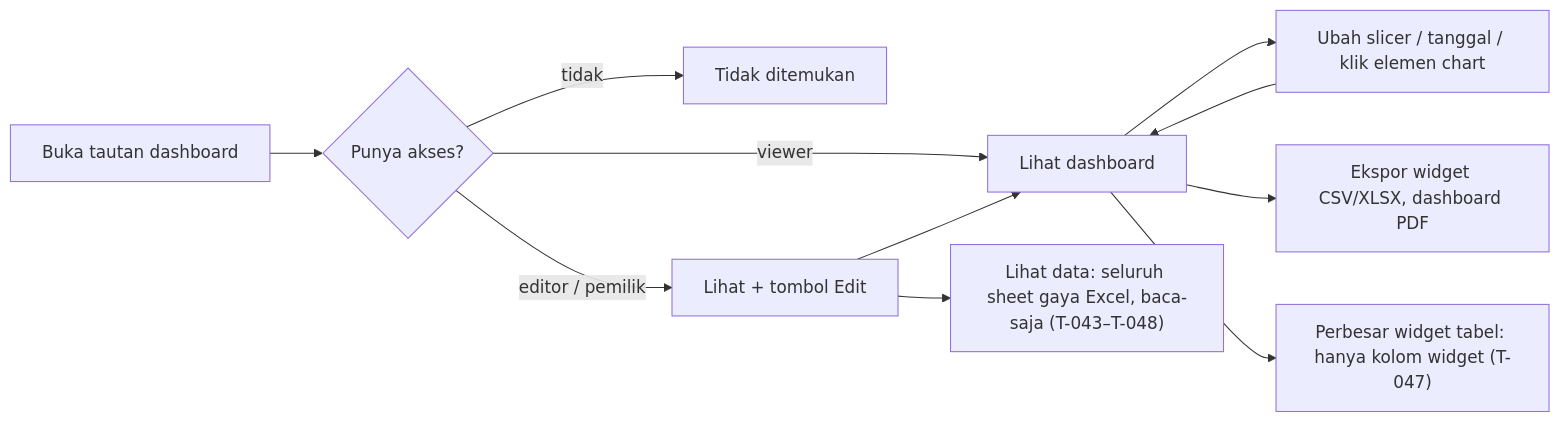
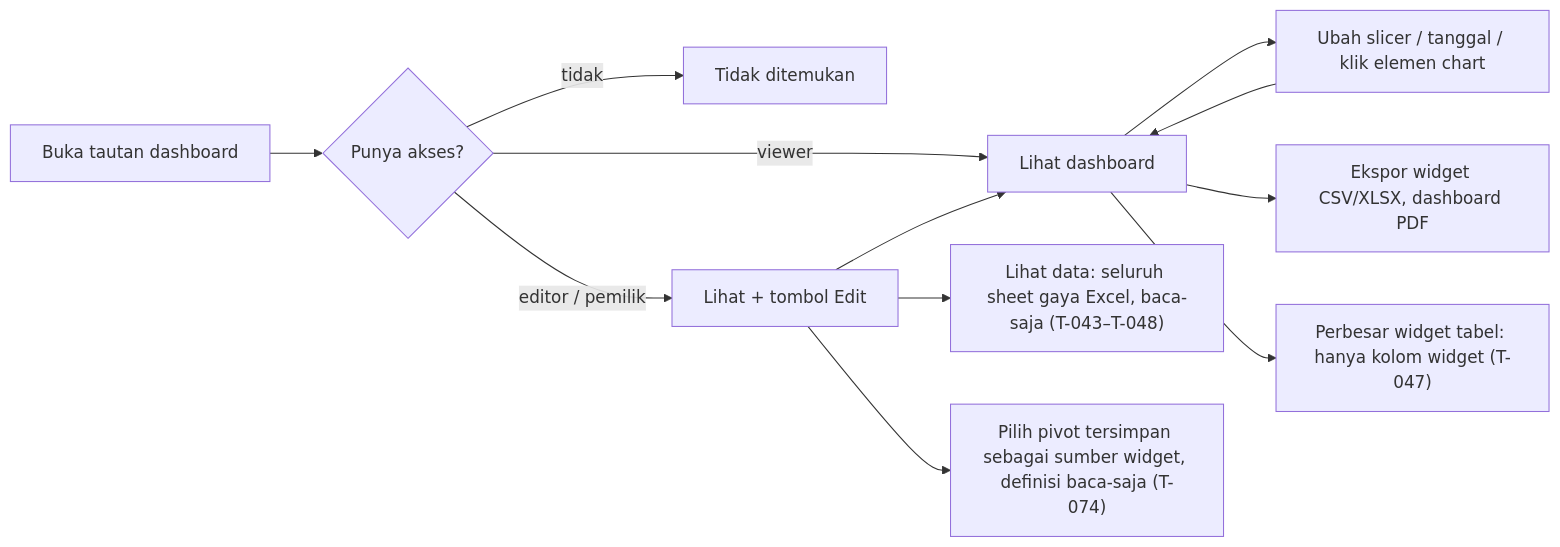
Before and after one commit to anas-fikri/data-dashboard: the third of 9 diagrams in docs/flow-kerja.md, drawn with Mermaid. The commit also changed other lines of this file and 16 other files, not shown here.

````diff
--- a/docs/flow-kerja.md
+++ b/docs/flow-kerja.md
@@ -73,13 +77,14 @@
 ```mermaid
 flowchart LR
   O["Buka tautan dashboard"] --> A{"Punya akses?"}
   A -->|tidak| N["Tidak ditemukan"]
   A -->|viewer| VW["Lihat dashboard"]
   A -->|editor / pemilik| ED["Lihat + tombol Edit"]
   VW --> FI["Ubah slicer / tanggal / klik elemen chart"]
   FI --> VW
   VW --> EX["Ekspor widget CSV/XLSX, dashboard PDF"]
   ED --> VW
   ED --> LD["Lihat data: seluruh sheet gaya Excel, baca-saja (T-043–T-048)"]
+  ED --> SP["Pilih pivot tersimpan sebagai sumber widget, definisi baca-saja (T-074)"]
   VW --> PB["Perbesar widget tabel: hanya kolom widget (T-047)"]
 ```
````
